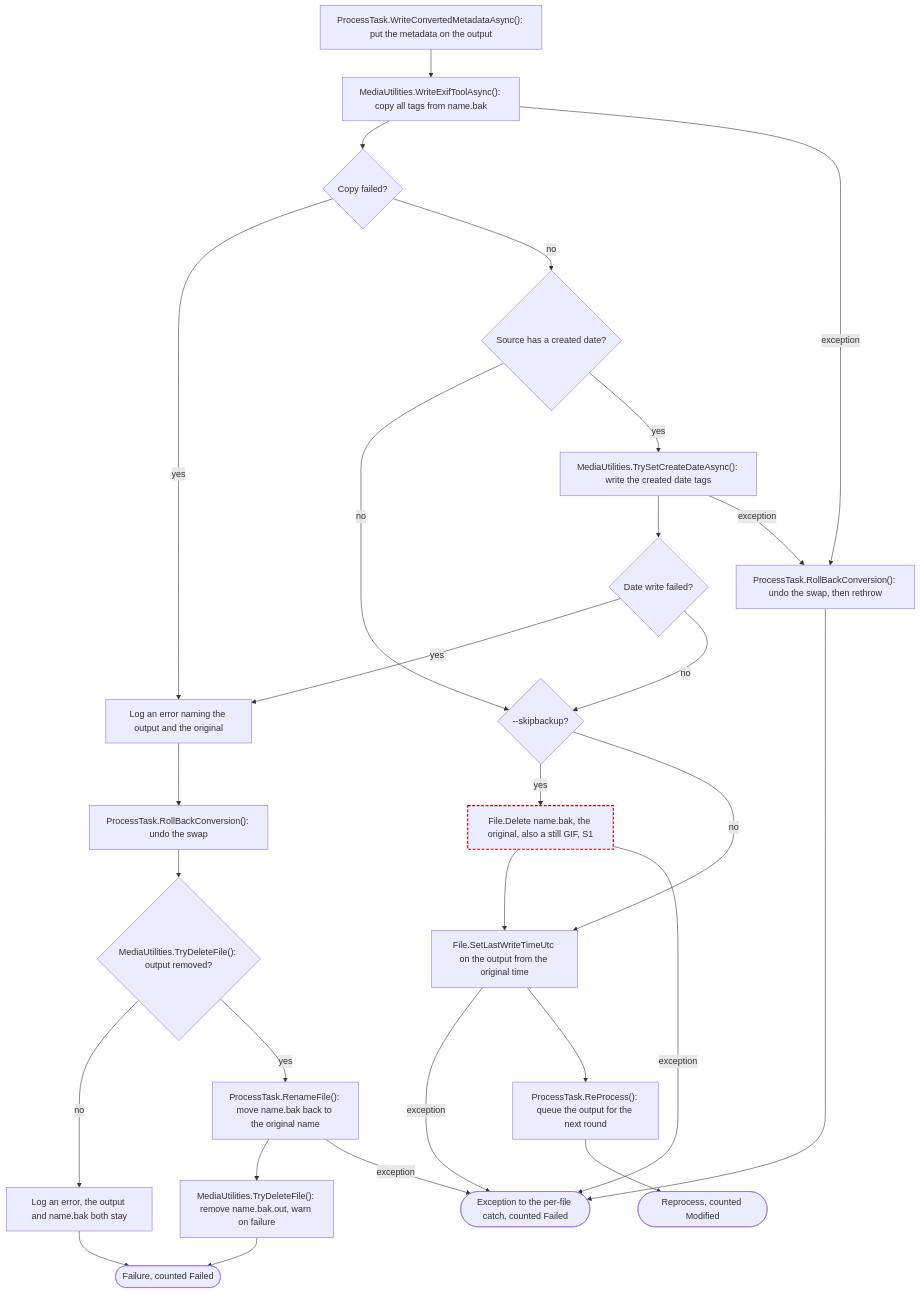
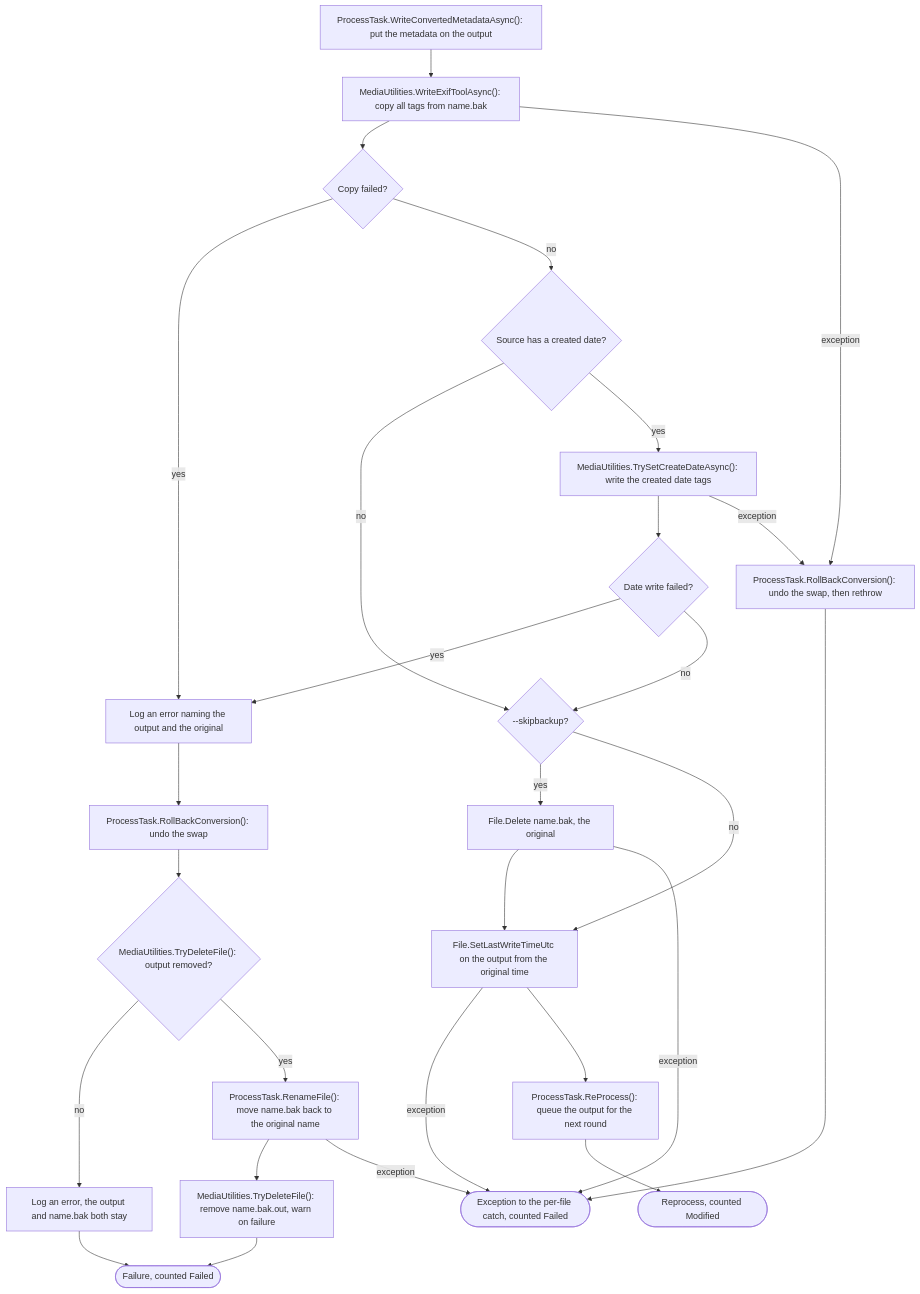
One commit to ptr727/PhotoCleaner changed the ninth of 23 diagrams in ARCHITECTURE.md. Above: the diagram before and after it, drawn with Mermaid. The commit also changed other lines of this file and 4 other files, not shown here.

First line of the commit message:
Convert a Still or Short GIF to a PNG Instead of an MP4

````diff
--- a/ARCHITECTURE.md
+++ b/ARCHITECTURE.md
@@ -553,44 +561,44 @@
 ```mermaid
 flowchart TD
   w0["ProcessTask.WriteConvertedMetadataAsync(): put the metadata on the output"]
   w1["MediaUtilities.WriteExifToolAsync(): copy all tags from name.bak"]
   w2{"Copy failed?"}
   w3{"Source has a created date?"}
   w4["MediaUtilities.TrySetCreateDateAsync(): write the created date tags"]
   w5{"Date write failed?"}
   wx["ProcessTask.RollBackConversion(): undo the swap, then rethrow"]
   wxEnd(["Exception to the per-file catch, counted Failed"])
   f0["Log an error naming the output and the original"]
   rb["ProcessTask.RollBackConversion(): undo the swap"]
   rb1{"MediaUtilities.TryDeleteFile(): output removed?"}
   rbKeep["Log an error, the output and name.bak both stay"]
   rb2["ProcessTask.RenameFile(): move name.bak back to the original name"]
   rb3["MediaUtilities.TryDeleteFile(): remove name.bak.out, warn on failure"]
   failEnd(["Failure, counted Failed"])
   sb{"--skipbackup?"}
-  delOrig["File.Delete name.bak, the original, also a still GIF, S1"]:::suspect
+  delOrig["File.Delete name.bak, the original"]
   stamp["File.SetLastWriteTimeUtc on the output from the original time"]
   rq["ProcessTask.ReProcess(): queue the output for the next round"]
   rqEnd(["Reprocess, counted Modified"])
 
   w0 --> w1 --> w2
   w1 -->|"exception"| wx
   w2 -->|"yes"| f0
   w2 -->|"no"| w3
   w3 -->|"no"| sb
   w3 -->|"yes"| w4 --> w5
   w4 -->|"exception"| wx
   w5 -->|"yes"| f0
   w5 -->|"no"| sb
   wx --> wxEnd
   f0 --> rb --> rb1
   rb1 -->|"no"| rbKeep --> failEnd
   rb1 -->|"yes"| rb2 --> rb3 --> failEnd
   rb2 -->|"exception"| wxEnd
   sb -->|"yes"| delOrig --> stamp
   sb -->|"no"| stamp
   delOrig -->|"exception"| wxEnd
   stamp -->|"exception"| wxEnd
   stamp --> rq --> rqEnd
   classDef suspect stroke:#c00,stroke-width:2px,stroke-dasharray:5 3
 ```
````
